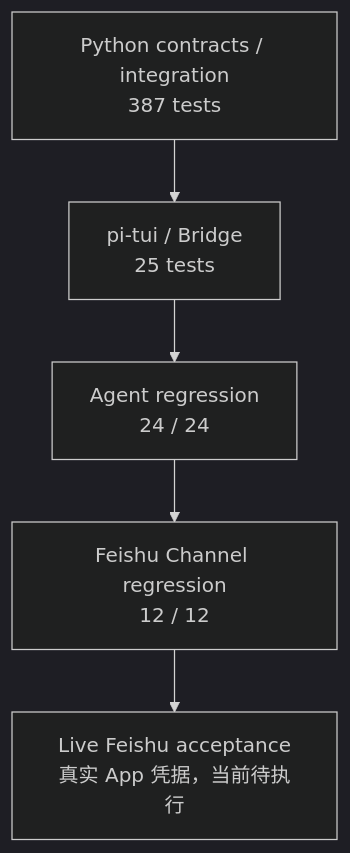
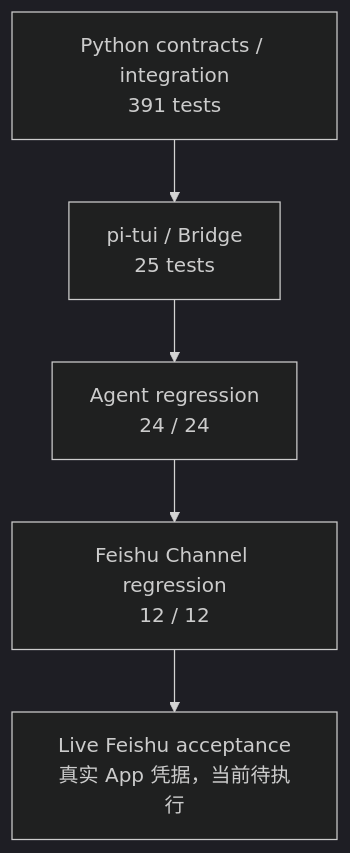
One commit to NEDONION/lobster0 changed the first of 2 diagrams in docs/engineering/phase-4/testing-and-operations.md. Above: the diagram before and after it, drawn with Mermaid (dark theme). The commit also changed other lines of this file and 20 other files, not shown here.

````diff
--- a/docs/engineering/phase-4/testing-and-operations.md
+++ b/docs/engineering/phase-4/testing-and-operations.md
@@ -8,7 +8,7 @@
 ```mermaid
 flowchart TB
-    P["Python contracts / integration\n387 tests"] --> T["pi-tui / Bridge\n25 tests"]
+    P["Python contracts / integration\n391 tests"] --> T["pi-tui / Bridge\n25 tests"]
     T --> A["Agent regression\n24 / 24"]
     A --> C["Feishu Channel regression\n12 / 12"]
     C --> L["Live Feishu acceptance\n真实 App 凭据，当前待执行"]
 ```
````
